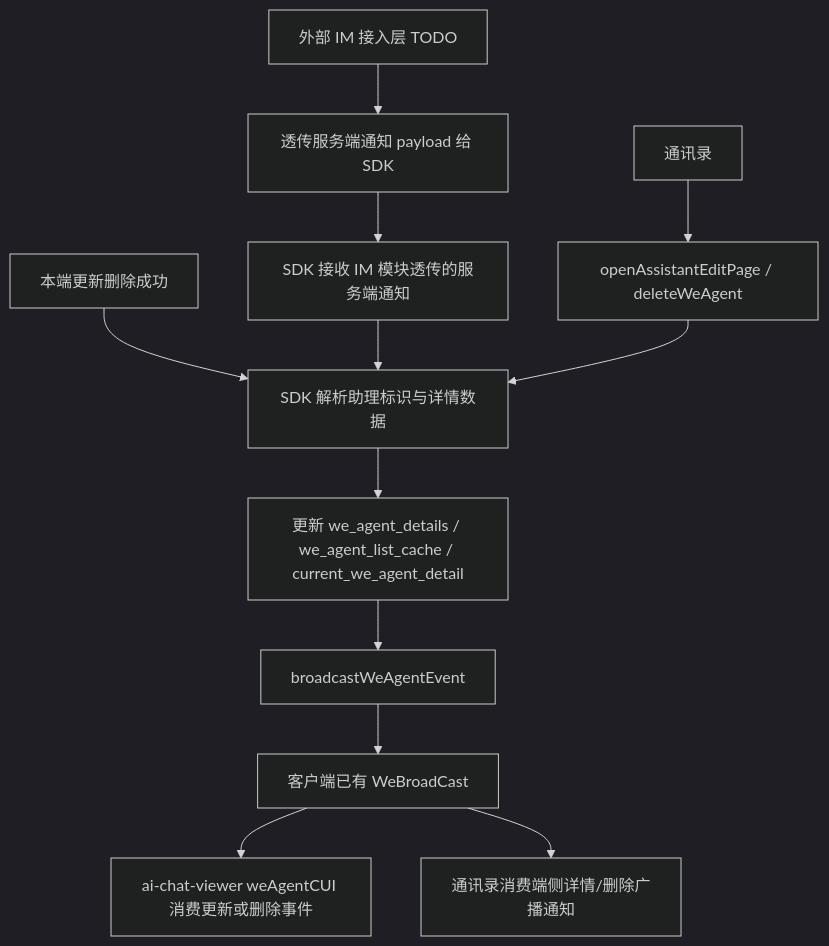
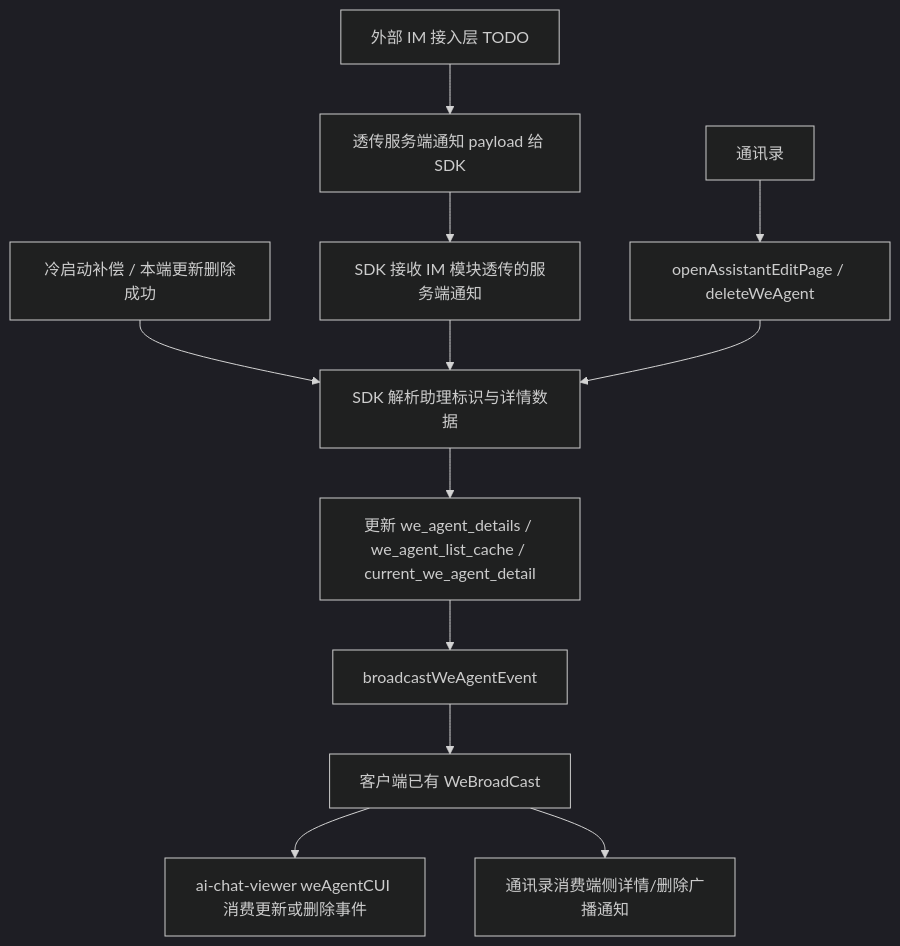
One commit to Abelsjcheng/skillSDK changed the first of 10 diagrams in 2026-05-08-we-agent-detail-sync-plan.md. Above: the diagram before and after it, drawn with Mermaid (dark theme). The commit also changed other lines of this file and 45 other files, not shown here.

````diff
--- a/2026-05-08-we-agent-detail-sync-plan.md
+++ b/2026-05-08-we-agent-detail-sync-plan.md
@@ -45,14 +45,14 @@
 ```mermaid
 flowchart TD
     A["外部 IM 接入层 TODO"] --> B["透传服务端通知 payload 给 SDK"]
     B --> C["SDK 接收 IM 模块透传的服务端通知"]
-    D["本端更新删除成功"] --> E["SDK 解析助理标识与详情数据"]
+    D["冷启动补偿 / 本端更新删除成功"] --> E["SDK 解析助理标识与详情数据"]
     C --> E
     E --> F["更新 we_agent_details / we_agent_list_cache / current_we_agent_detail"]
     F --> G["broadcastWeAgentEvent"]
     G --> H["客户端已有 WeBroadCast"]
     H --> I["ai-chat-viewer weAgentCUI 消费更新或删除事件"]
     H --> J["通讯录消费端侧详情/删除广播通知"]
     K["通讯录"] --> L["openAssistantEditPage / deleteWeAgent"]
     L --> E
 ```
````
